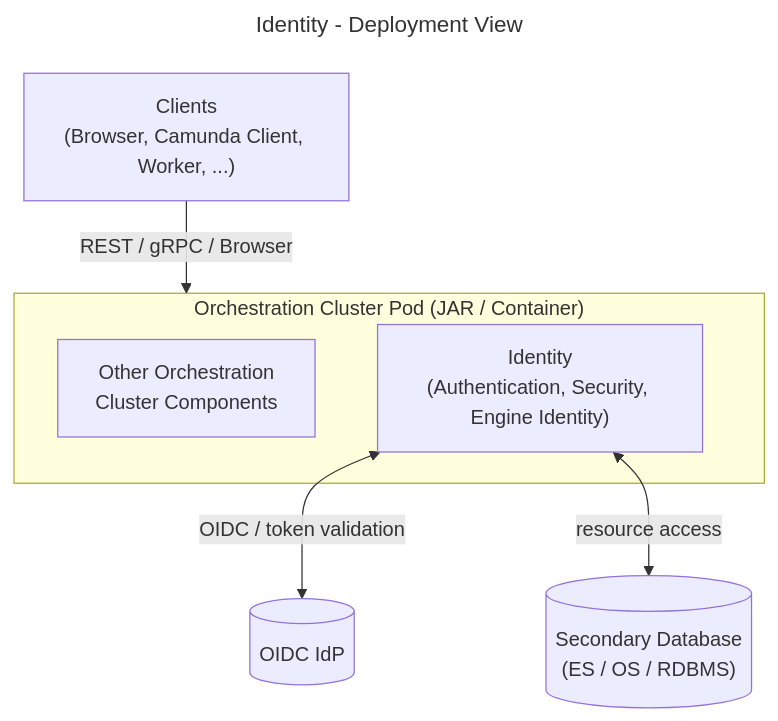
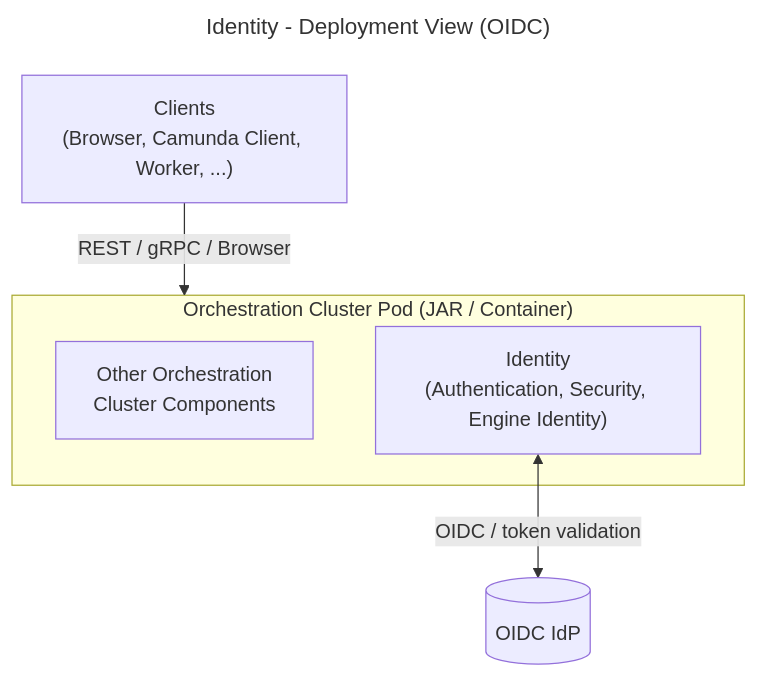
Diagram 17 of 17 in docs/identity/architecture-documentation.md (camunda/camunda), drawn with Mermaid before and after one commit. The commit also changed other lines of this file, not shown here.

Commit message:
docs: add Basic Auth descriptions, logout, M2M variants, and split deployment views

````diff
--- a/docs/identity/architecture-documentation.md
+++ b/docs/identity/architecture-documentation.md
@@ -627,18 +711,16 @@
 ```mermaid
 ---
-title: Identity - Deployment View
+title: Identity - Deployment View (OIDC)
 ---
 flowchart TB
   subgraph OC_POD["Orchestration Cluster Pod (JAR / Container)"]
     CLUSTER_STUFF["Other Orchestration\nCluster Components"]
     IDENTITY["Identity\n(Authentication, Security, Engine Identity)"]
   end
 
   CLIENTS["Clients\n(Browser, Camunda Client, Worker, ...)"]
   IDP[("OIDC IdP")]
-  SECONDARY_DB[("Secondary Database\n(ES / OS / RDBMS)")]
 
   CLIENTS -->|"REST / gRPC / Browser"| OC_POD
   IDENTITY <-->|"OIDC / token validation"| IDP
-  IDENTITY <-->|"resource access"| SECONDARY_DB
 ```
````
